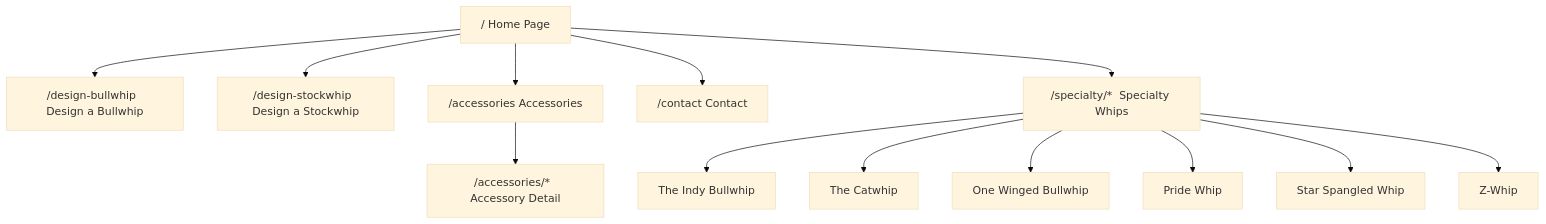
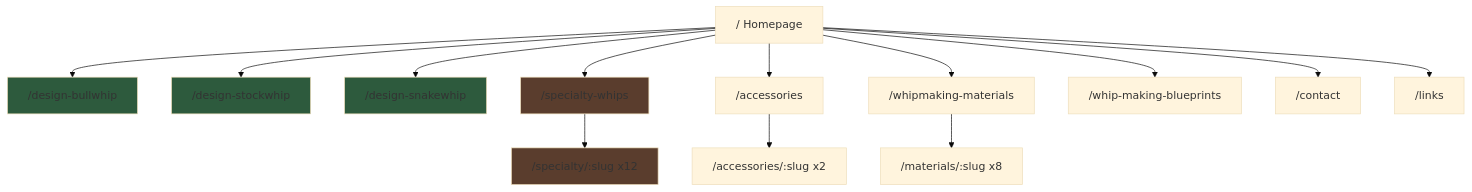
The first of 7 diagrams in architecture.md (atfieldson/whipworks.com), drawn with Mermaid (base theme) before and after one commit. The commit also changed other lines of this file and 3 other files, not shown here.

First line of the commit message:
docs: replace architecture.md with comprehensive reference, clean up docs

````diff
--- a/architecture.md
+++ b/architecture.md
@@ -4,16 +8,22 @@
 ```mermaid
 graph TD
-    HOME["/  Home Page"] --> DESIGN_BW["/design-bullwhip  Design a Bullwhip"]
-    HOME --> DESIGN_SW["/design-stockwhip  Design a Stockwhip"]
-    HOME --> ACCESSORIES["/accessories  Accessories"]
-    HOME --> CONTACT["/contact  Contact"]
-    HOME --> SPECIALTY_PAGES["/specialty/*  Specialty Whips"]
+    HOME["/  Homepage"] --> DESIGN_BW["/design-bullwhip"]
+    HOME --> DESIGN_SW["/design-stockwhip"]
+    HOME --> DESIGN_SN["/design-snakewhip"]
+    HOME --> SPECIALTY["/specialty-whips"]
+    HOME --> ACCESSORIES["/accessories"]
+    HOME --> MATERIALS["/whipmaking-materials"]
+    HOME --> BLUEPRINTS["/whip-making-blueprints"]
+    HOME --> CONTACT["/contact"]
+    HOME --> LINKS["/links"]
 
-    ACCESSORIES --> ACC_DETAIL["/accessories/*  Accessory Detail"]
-    SPECIALTY_PAGES --> INDY["The Indy Bullwhip"]
-    SPECIALTY_PAGES --> CATWHIP["The Catwhip"]
-    SPECIALTY_PAGES --> ONEWING["One Winged Bullwhip"]
-    SPECIALTY_PAGES --> PRIDE["Pride Whip"]
-    SPECIALTY_PAGES --> STAR["Star Spangled Whip"]
-    SPECIALTY_PAGES --> ZWHIP["Z-Whip"]
+    SPECIALTY --> SPEC_DETAIL["/specialty/:slug  x12"]
+    ACCESSORIES --> ACC_DETAIL["/accessories/:slug  x2"]
+    MATERIALS --> MAT_DETAIL["/materials/:slug  x8"]
+
+    style DESIGN_BW fill:#2d5a3d
+    style DESIGN_SW fill:#2d5a3d
+    style DESIGN_SN fill:#2d5a3d
+    style SPECIALTY fill:#5a3d2d
+    style SPEC_DETAIL fill:#5a3d2d
 ```
````
